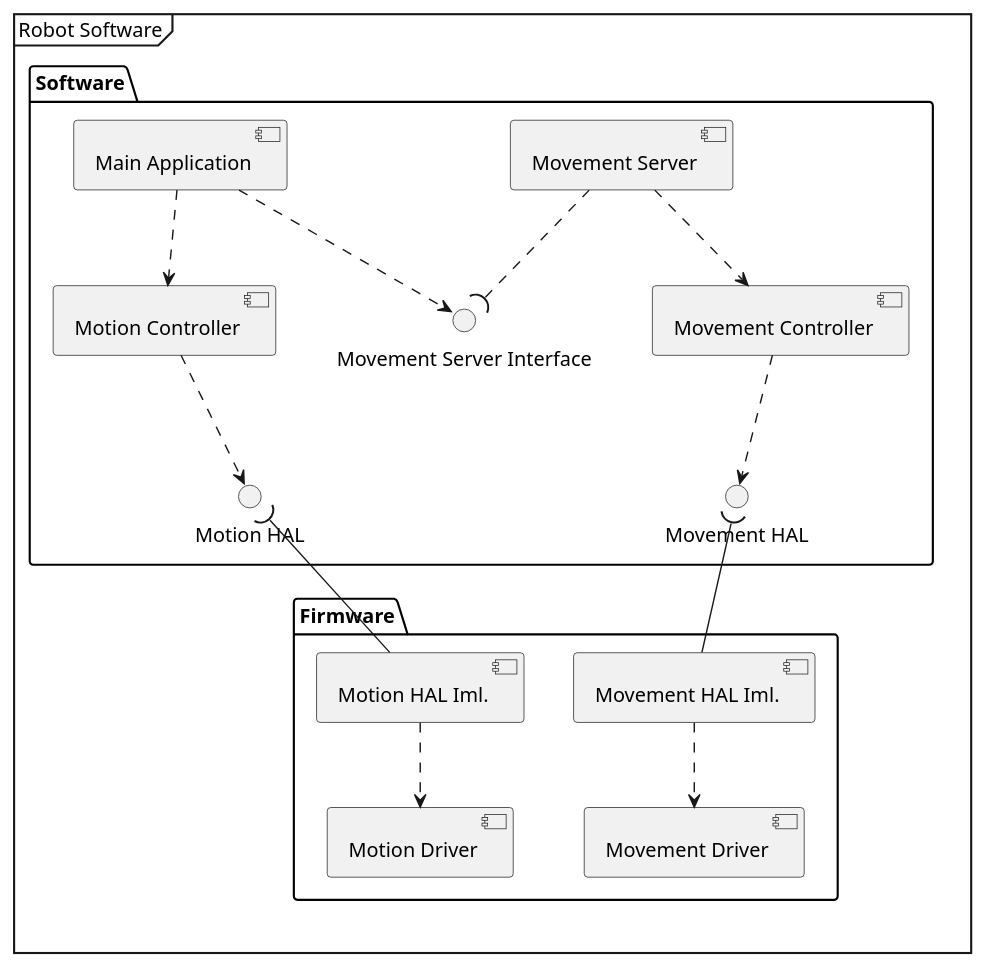
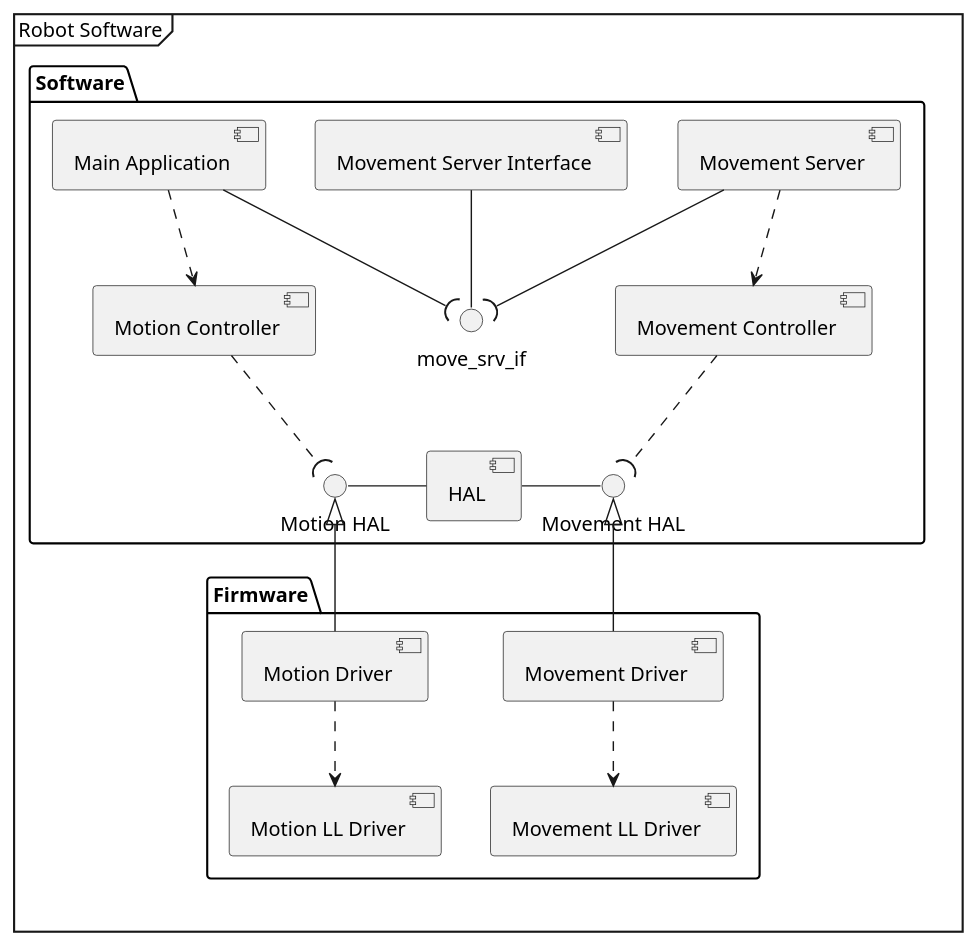
One commit to an-dr/LeOn changed the first of 3 diagrams in docs/architecture-arc42.md. Above: the diagram before and after it, drawn with PlantUML. The commit also changed other lines of this file, not shown here.

Commit message:
Add more details and polishing to the software component diagram

````diff
--- a/docs/architecture-arc42.md
+++ b/docs/architecture-arc42.md
@@ -145,38 +148,45 @@
 ```plantuml
 @startuml Test Diagram
 mainframe Robot Software
 
 package Firmware{
-    [Movement HAL Iml.] as hal_move
-    [Motion HAL Iml.] as hal_motion
-    [Movement Driver] as drv_move
-    [Motion Driver] as drv_motion
+    [Movement Driver] as hal_move
+    [Motion Driver] as hal_motion
+    [Movement LL Driver] as drv_move
+    [Motion LL Driver] as drv_motion
 
 }
 
 package Software{
+    [HAL]
+    interface "Movement HAL" as move_if
+    interface "Motion HAL" as motion_if
     [Main Application] as app
     [Movement Server] as app_move
-    interface "Movement Server Interface" as move_srv_if
+    [Movement Server Interface] as comp_move_srv_if
+    interface move_srv_if
     [Movement Controller] as move
     [Motion Controller] as motion
-    interface "Movement HAL" as move_if
-    interface "Motion HAL" as motion_if
 }
 
 ' Firmware
-[hal_move]-u-( move_if
-[hal_motion]-u-( motion_if
+[hal_move]-u-|> move_if
+[hal_motion]-u-|> motion_if
 [hal_move]..>[drv_move]
 [hal_motion]..>[drv_motion]
 
+' HAL
+[HAL]-[move_if]
+[HAL]-l[motion_if]
+
 ' Soft
 [app]..>[motion]
-[app]..>[move_srv_if]
+[app]--([move_srv_if]
+[app_move]--([move_srv_if]
 [app_move]..>[move]
-[app_move]..([move_srv_if]
-[move]..>[move_if]
-[motion]..>[motion_if]
+[move]..([move_if]
+[motion]..([motion_if]
+[comp_move_srv_if]--[move_srv_if]
 
 @enduml
 ```
````
